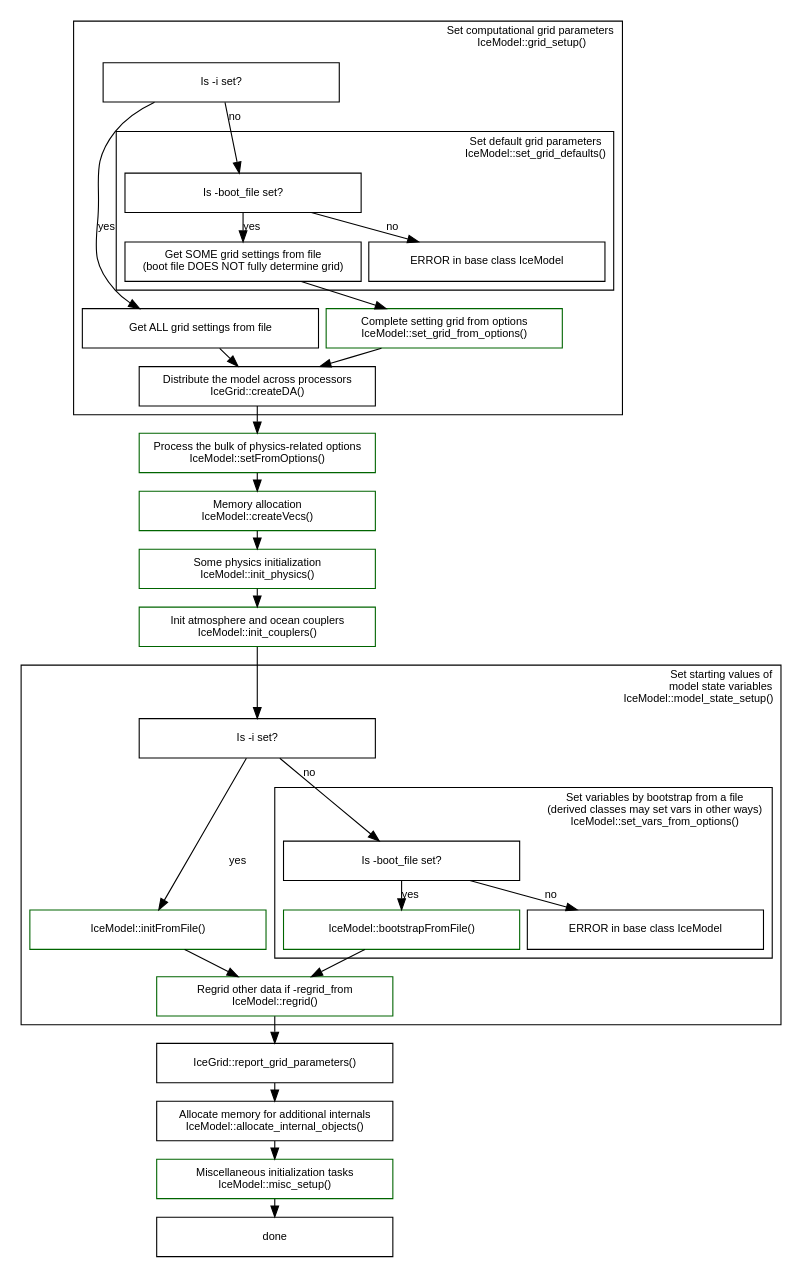
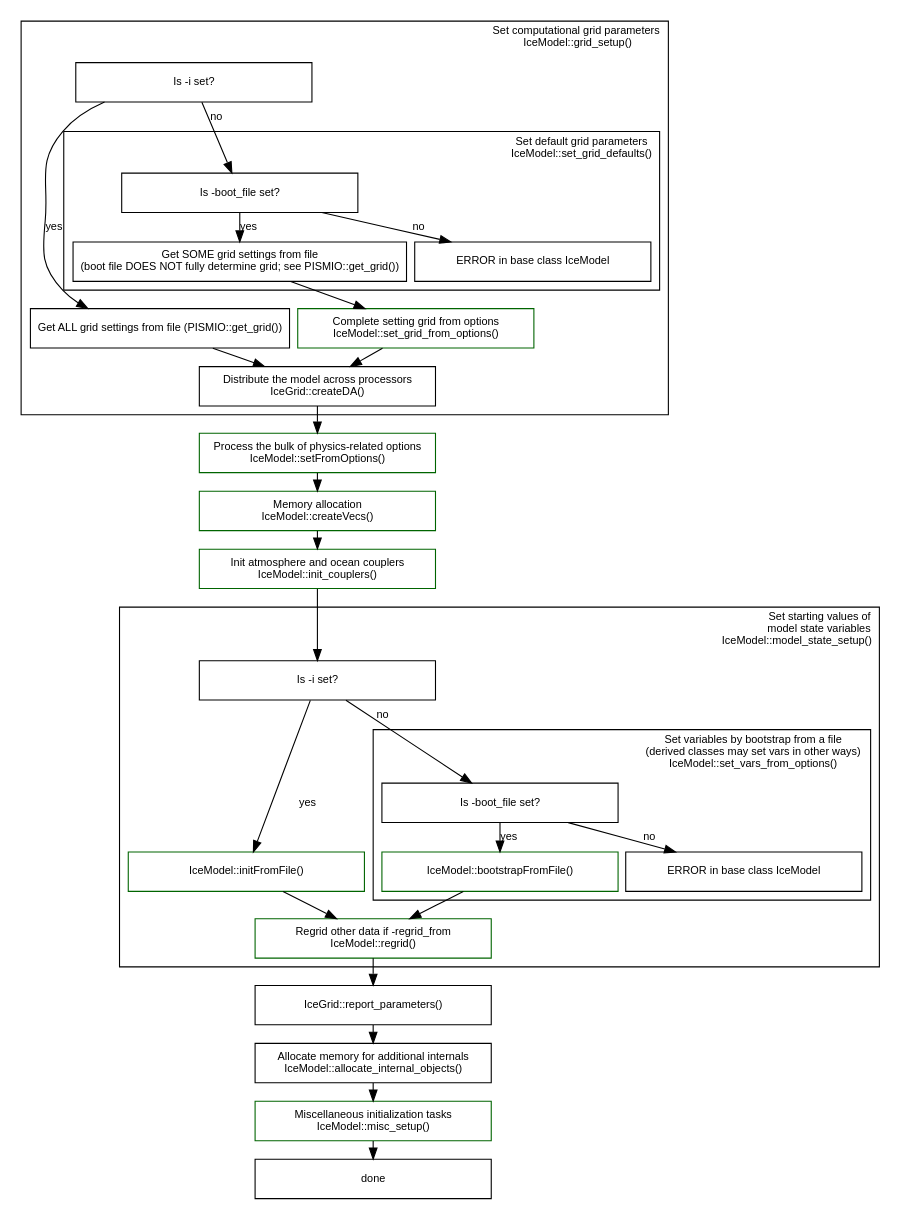
The diagram in doc/browser/initialization-sequence.dot (pism/pism), drawn with Graphviz before and after one commit.

Commit message:
Updated .dot file for initialization-sequence.  Now 'make browser_base' does not generate some mysterious warnings, but still unable to make the image initialization-sequence.png appear in the browser.

```diff
--- a/doc/browser/initialization-sequence.dot
+++ b/doc/browser/initialization-sequence.dot
@@ -1,103 +1,108 @@
 // Use
 // dot -Tpng initialization-sequence.dot -o initialization-sequence.png
 // to create the picture (or just grab it from the class browser).
 
 digraph pism_init {
   // Global graph parameters
   node [fontname=Arial fontsize=10 shape=box width=3];
   edge [fontname=Arial fontsize=10];
   graph [fontname=Arial fontsize=10 ranksep=0.1 nodesep=0.1];
 
   subgraph cluster_grid {
     label = "Set computational grid parameters\rIceModel::grid_setup()";
     URL = "\ref IceModel::grid_setup()";
     labeljust = r;
 
     is_i_set1 [label = "Is -i set?"];
 
-    grid_from_file [label = "Get ALL grid settings from file" URL="\ref PISMIO::get_grid()"];
+    //FIXME: ref into browser_util:
+    // grid_from_file [label = "Get ALL grid settings from file" URL="\ref PISMIO::get_grid()"];
+    grid_from_file [label = "Get ALL grid settings from file (PISMIO::get_grid())"];
 
     subgraph cluster_set_grid_defaults {
       label = "Set default grid parameters\nIceModel::set_grid_defaults()";
       labeljust = r;
       URL = "\ref IceModel::set_grid_defaults()";
 
       is_boot_file_set1 [label = "Is -boot_file set?"];
       
-      grid_from_boot_file [label = "Get SOME grid settings from file\n(boot file DOES NOT fully determine grid)" URL="\ref PISMIO::get_grid()"];
+      //FIXME: ref into browser_util:
+      // grid_from_boot_file [label = "Get SOME grid settings from file\n(boot file DOES NOT fully determine grid)" URL="\ref PISMIO::get_grid()"];
+      grid_from_boot_file [label = "Get SOME grid settings from file\n(boot file DOES NOT fully determine grid; see PISMIO::get_grid())"];
       
       fail_in_IceModel1 [label = "ERROR in base class IceModel"]
       
       is_boot_file_set1 -> grid_from_boot_file [label = "yes"];
       is_boot_file_set1 -> fail_in_IceModel1 [label = "no"];
 
     }
 
     is_i_set1 -> is_boot_file_set1 [label = "no"];
     is_i_set1 -> grid_from_file [label = "yes"];
 
     grid_from_options [label = "Complete setting grid from options\nIceModel::set_grid_from_options()" color=darkgreen URL="\ref IceModel::set_grid_from_options()"];
       
     grid_from_boot_file -> grid_from_options;
 
-    createDA [label = "Distribute the model across processors\nIceGrid::createDA()" URL="\ref IceGrid::createDA()"];
+    //FIXME: ref into browser_util:
+    //  createDA [label = "Distribute the model across processors\nIceGrid::createDA()" URL="\ref IceGrid::createDA()"];
+    createDA [label = "Distribute the model across processors\nIceGrid::createDA()"];
     {grid_from_file grid_from_options} -> createDA;
   }
 
   setFromOptions [label = "Process the bulk of physics-related options\nIceModel::setFromOptions()" color=darkgreen URL="\ref IceModel::setFromOptions()"];
   createDA -> setFromOptions;
   
   createVecs [label = "Memory allocation\nIceModel::createVecs()" color=darkgreen URL="\ref IceModel::createVecs()"];
   setFromOptions -> createVecs;
 
-  init_physics [label = "Some physics initialization\nIceModel::init_physics()" color=darkgreen URL="\ref IceModel::init_physics()"];
-  createVecs -> init_physics;
-
   init_couplers [label = "Init atmosphere and ocean couplers\nIceModel::init_couplers()" color=darkgreen URL="\ref IceModel::init_couplers()"];
-  init_physics -> init_couplers;
+  createVecs -> init_couplers;
 
   init_couplers -> is_i_set2;
 
   subgraph cluster_model_state {
     label = "Set starting values of\rmodel state variables\rIceModel::model_state_setup()";
     labeljust = r;
     URL = "\ref IceModel::model_state_setup()";
 
     is_i_set2 [label = "Is -i set?"];
 
     initFromFile [label = "IceModel::initFromFile()" color=darkgreen URL="\ref IceModel::initFromFile()"];
     
     subgraph cluster_set_values_from_options {
       label = "Set variables by bootstrap from a file\n(derived classes may set vars in other ways) \nIceModel::set_vars_from_options()";
       labeljust = r;
       URL = "\ref IceModel::set_vars_from_options()";
 
       is_boot_file_set [label = "Is -boot_file set?"];
       
       bootstrap_from_file [label = "IceModel::bootstrapFromFile()" color=darkgreen URL="\ref IceModel::bootstrapFromFile()"];
       
       fail_in_IceModel [label = "ERROR in base class IceModel"]
       
       is_boot_file_set -> bootstrap_from_file [label = "yes"];
       is_boot_file_set -> fail_in_IceModel [label = "no"];
       
     }
     is_i_set2 -> initFromFile [label = "yes"];
     is_i_set2 -> is_boot_file_set [label = "no"];
 
     regrid [label = "Regrid other data if -regrid_from\nIceModel::regrid()" color=darkgreen URL="\ref IceModel::regrid()"];
     {initFromFile bootstrap_from_file} -> regrid;
   }  
 
 
-  report [label = "IceGrid::report_grid_parameters()" URL="\ref IceGrid::report_grid_parameters()"];
+  //FIXME: ref into browser_util:
+  // report [label = "IceGrid::report_parameters()" URL="\ref IceGrid::report_parameters()"];
+  report [label = "IceGrid::report_parameters()"];
   regrid -> report;
 
   allocate_internal_objects [label = "Allocate memory for additional internals\nIceModel::allocate_internal_objects()" URL="\ref IceModel::allocate_internal_objects()"];
   report -> allocate_internal_objects;
 
   misc [label = "Miscellaneous initialization tasks\nIceModel::misc_setup()" color=darkgreen URL="\ref IceModel::misc_setup()"];
   allocate_internal_objects -> misc;
 
   misc -> done;
 }
```
